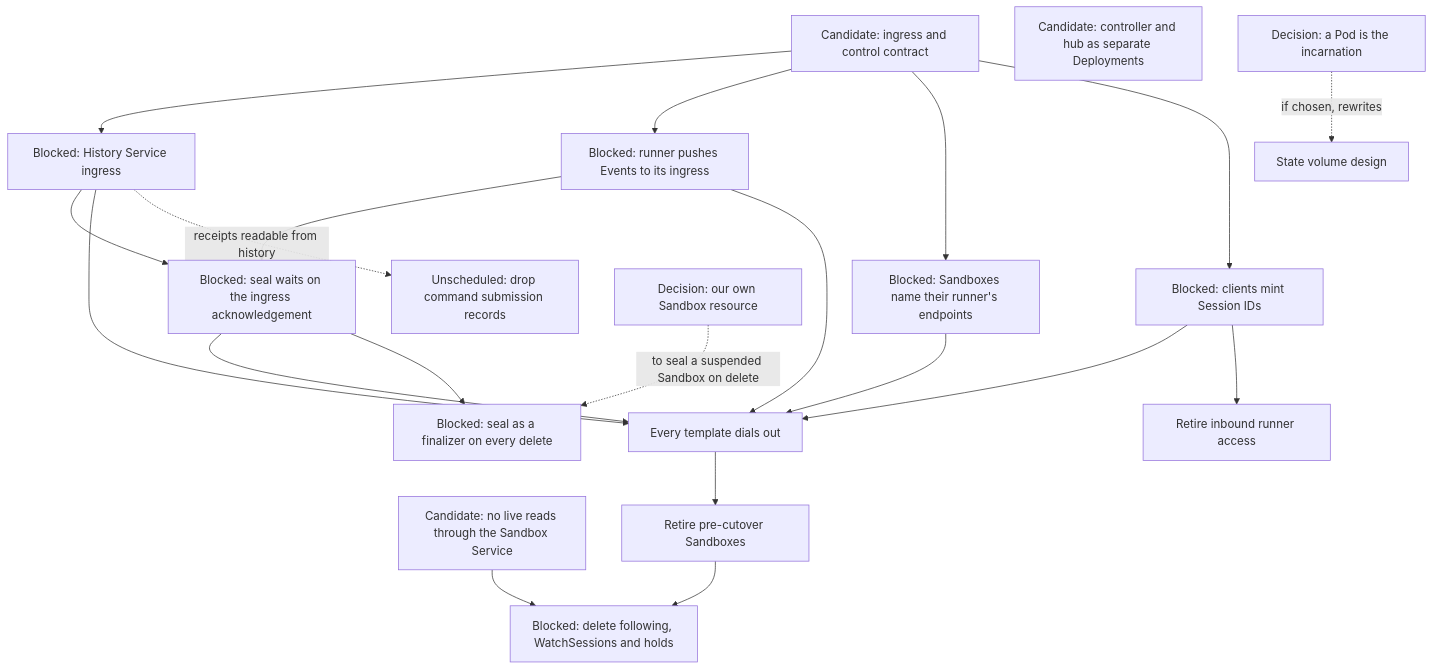
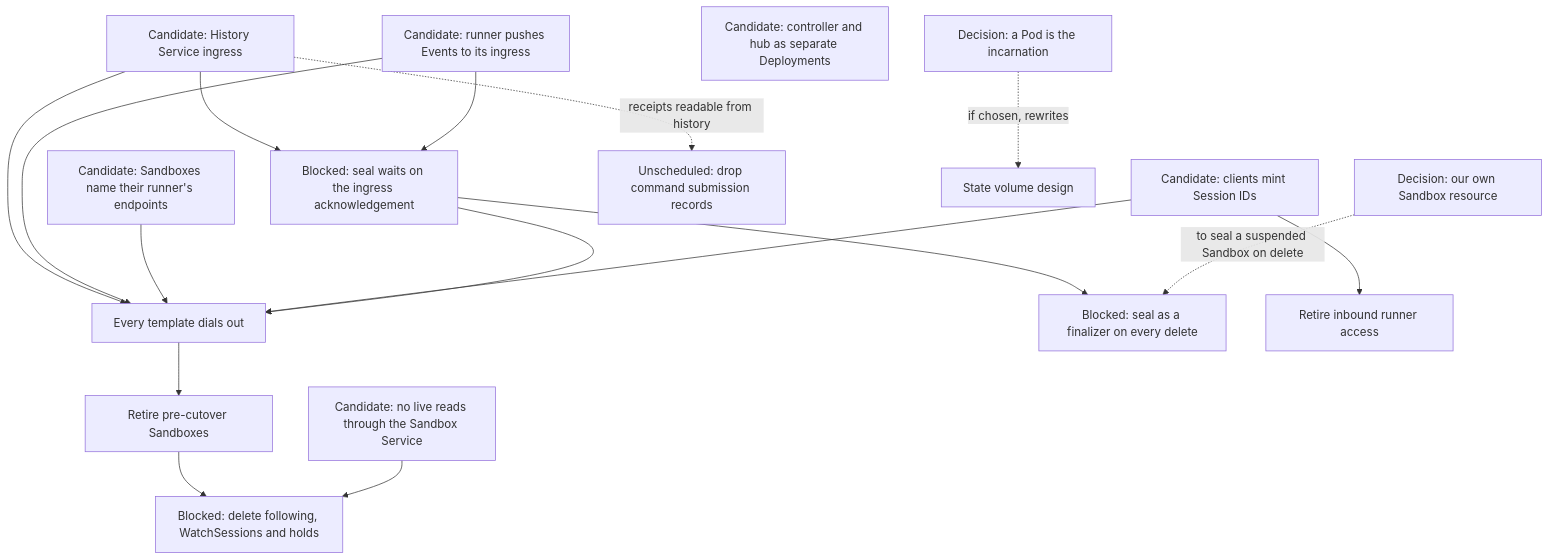
Before and after one commit to agentydragon-agent/ducktape: diagram 12 of 12 in agentplane/plans/task_dag.md, drawn with Mermaid. The commit also changed other lines of this file and 8 other files, not shown here.

````diff
--- a/agentplane/plans/task_dag.md
+++ b/agentplane/plans/task_dag.md
@@ -899,37 +903,32 @@
 ```mermaid
 flowchart TD
-    RUNNER_INGRESS_CONTRACT[Candidate: ingress and control contract]
-    HISTORY_INGRESS[Blocked: History Service ingress]
-    RUNNER_INGRESS_PUSH[Blocked: runner pushes Events to its ingress]
-    SANDBOX_RUNNER_ENDPOINTS[Blocked: Sandboxes name their runner's endpoints]
-    CLIENT_SESSION_IDS[Blocked: clients mint Session IDs]
+    HISTORY_INGRESS[Candidate: History Service ingress]
+    RUNNER_INGRESS_PUSH[Candidate: runner pushes Events to its ingress]
+    SANDBOX_RUNNER_ENDPOINTS[Candidate: Sandboxes name their runner's endpoints]
+    CLIENT_SESSION_IDS[Candidate: clients mint Session IDs]
     APP_LIVE_FROM_HISTORY[Candidate: no live reads through the Sandbox Service]
     SEAL_ON_INGRESS_ACK[Blocked: seal waits on the ingress acknowledgement]
     RUNNER_OUTBOUND_ROLLOUT[Every template dials out]
     LEGACY_SANDBOX_RETIRE[Retire pre-cutover Sandboxes]
     FOLLOW_PATH_RETIRE[Blocked: delete following, WatchSessions and holds]
     SANDBOX_SERVICE_DEPLOYMENT_SPLIT[Candidate: controller and hub as separate Deployments]
     AGENTPLANE_SANDBOX_RESOURCE[Decision: our own Sandbox resource]
     POD_INCARNATION[Decision: a Pod is the incarnation]
     SEAL_FINALIZER[Blocked: seal as a finalizer on every delete]
     COMMAND_RECORDS_RETIRE[Unscheduled: drop command submission records]
-    RUNNER_INGRESS_CONTRACT --> HISTORY_INGRESS
-    RUNNER_INGRESS_CONTRACT --> RUNNER_INGRESS_PUSH
-    RUNNER_INGRESS_CONTRACT --> SANDBOX_RUNNER_ENDPOINTS
-    RUNNER_INGRESS_CONTRACT --> CLIENT_SESSION_IDS
     HISTORY_INGRESS --> SEAL_ON_INGRESS_ACK
     RUNNER_INGRESS_PUSH --> SEAL_ON_INGRESS_ACK
     HISTORY_INGRESS --> RUNNER_OUTBOUND_ROLLOUT
     RUNNER_INGRESS_PUSH --> RUNNER_OUTBOUND_ROLLOUT
     SANDBOX_RUNNER_ENDPOINTS --> RUNNER_OUTBOUND_ROLLOUT
     CLIENT_SESSION_IDS --> RUNNER_OUTBOUND_ROLLOUT
     CLIENT_SESSION_IDS --> RUNNER_INBOUND_RETIRE[Retire inbound runner access]
     SEAL_ON_INGRESS_ACK --> RUNNER_OUTBOUND_ROLLOUT
     RUNNER_OUTBOUND_ROLLOUT --> LEGACY_SANDBOX_RETIRE
     LEGACY_SANDBOX_RETIRE --> FOLLOW_PATH_RETIRE
     APP_LIVE_FROM_HISTORY --> FOLLOW_PATH_RETIRE
     SEAL_ON_INGRESS_ACK --> SEAL_FINALIZER
     AGENTPLANE_SANDBOX_RESOURCE -. to seal a suspended Sandbox on delete .-> SEAL_FINALIZER
     POD_INCARNATION -. if chosen, rewrites .-> SESSION_STATE_VOLUME_DESIGN[State volume design]
     HISTORY_INGRESS -. receipts readable from history .-> COMMAND_RECORDS_RETIRE
 ```
````
